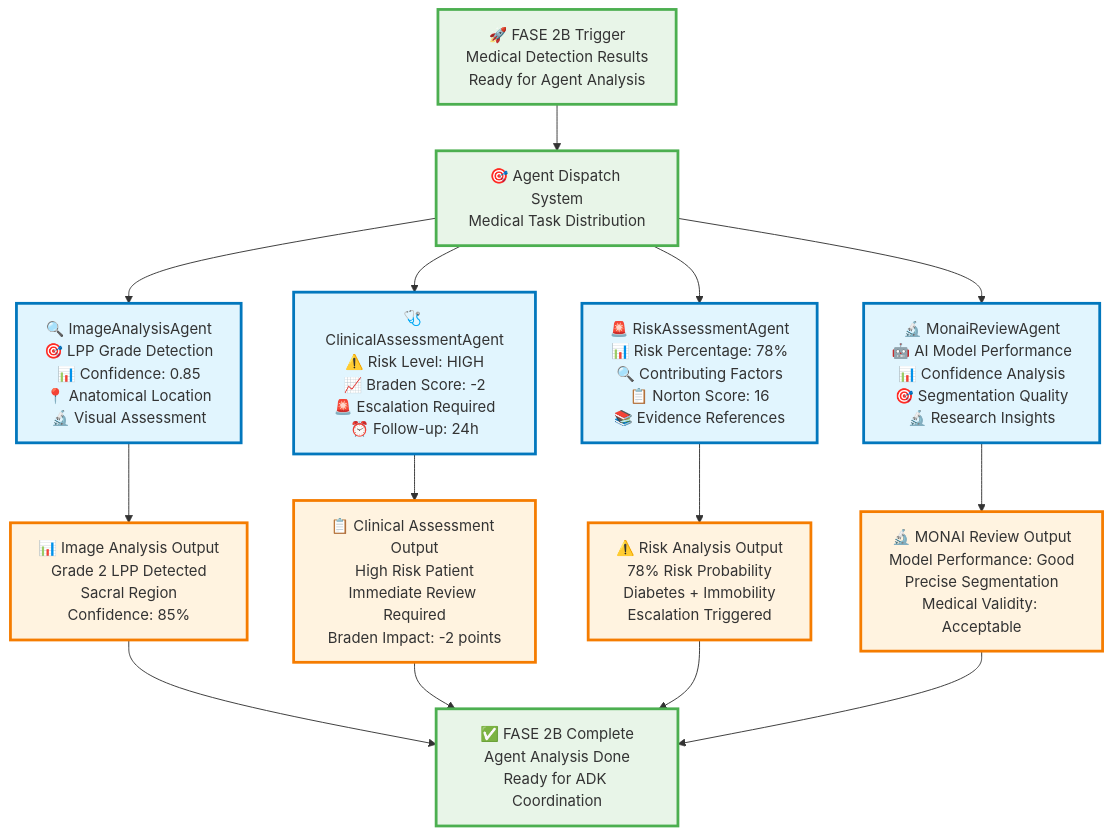
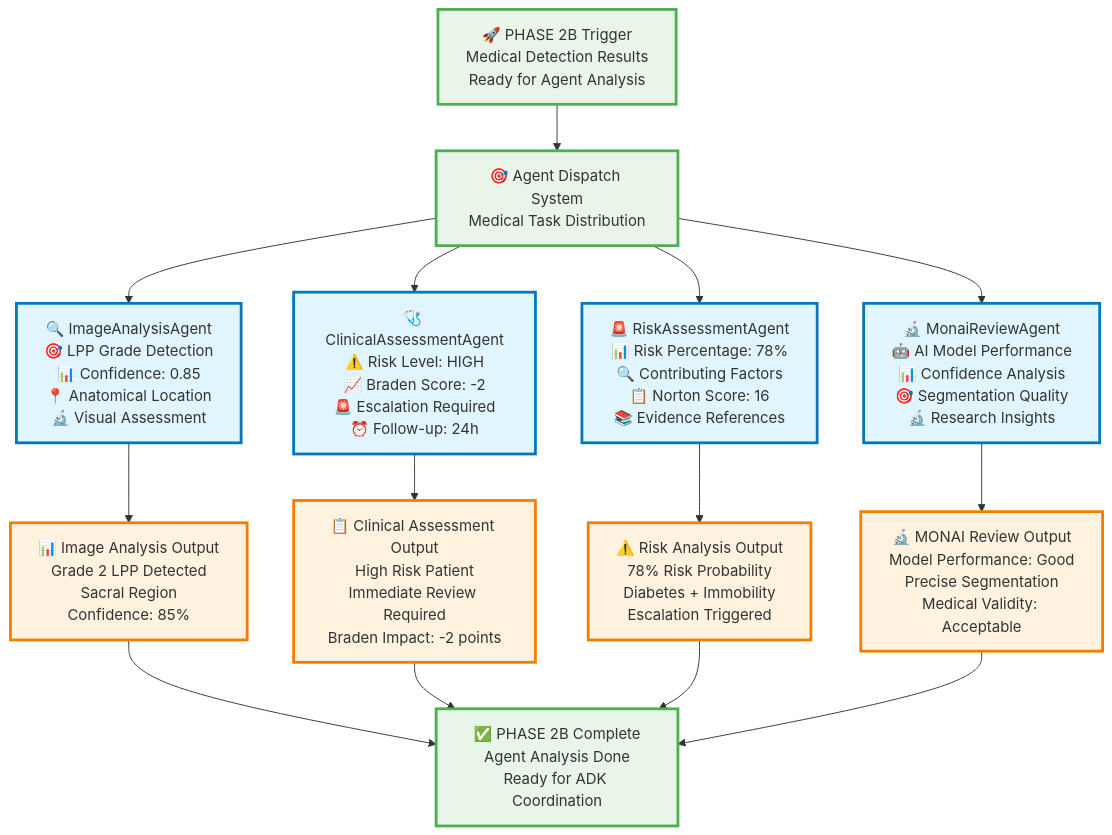
The third of 5 diagrams in docs/ARCHITECTURE.md (AutonomosCdM/vigia-medical-ai), drawn with Mermaid before and after one commit. The commit also changed other lines of this file, not shown here.

First line of the commit message:
fix: Standardize architecture documentation to professional English

````diff
--- a/docs/ARCHITECTURE.md
+++ b/docs/ARCHITECTURE.md
@@ -174,40 +174,40 @@
 ```mermaid
 graph TD
-    %% FASE 2B TRIGGER
-    A[🚀 FASE 2B Trigger<br/>Medical Detection Results<br/>Ready for Agent Analysis] --> B[🎯 Agent Dispatch System<br/>Medical Task Distribution]
+    %% PHASE 2B TRIGGER
+    A[🚀 PHASE 2B Trigger<br/>Medical Detection Results<br/>Ready for Agent Analysis] --> B[🎯 Agent Dispatch System<br/>Medical Task Distribution]
     
     %% PRIMARY MEDICAL AGENTS (Top Row)
     B --> C[🔍 ImageAnalysisAgent<br/>🎯 LPP Grade Detection<br/>📊 Confidence: 0.85<br/>📍 Anatomical Location<br/>🔬 Visual Assessment]
     
     B --> D[🩺 ClinicalAssessmentAgent<br/>⚠️ Risk Level: HIGH<br/>📈 Braden Score: -2<br/>🚨 Escalation Required<br/>⏰ Follow-up: 24h]
     
     B --> E[🚨 RiskAssessmentAgent<br/>📊 Risk Percentage: 78%<br/>🔍 Contributing Factors<br/>📋 Norton Score: 16<br/>📚 Evidence References]
     
     B --> F[🔬 MonaiReviewAgent<br/>🤖 AI Model Performance<br/>📊 Confidence Analysis<br/>🎯 Segmentation Quality<br/>🔬 Research Insights]
     
     %% AGENT OUTPUTS
     C --> G[📊 Image Analysis Output<br/>Grade 2 LPP Detected<br/>Sacral Region<br/>Confidence: 85%]
     
     D --> H[📋 Clinical Assessment Output<br/>High Risk Patient<br/>Immediate Review Required<br/>Braden Impact: -2 points]
     
     E --> I[⚠️ Risk Analysis Output<br/>78% Risk Probability<br/>Diabetes + Immobility<br/>Escalation Triggered]
     
     F --> J[🔬 MONAI Review Output<br/>Model Performance: Good<br/>Precise Segmentation<br/>Medical Validity: Acceptable]
     
     %% COMPLETION
-    G --> K[✅ FASE 2B Complete<br/>Agent Analysis Done<br/>Ready for ADK Coordination]
+    G --> K[✅ PHASE 2B Complete<br/>Agent Analysis Done<br/>Ready for ADK Coordination]
     H --> K
     I --> K
     J --> K
     
     %% STYLING
     classDef triggerNode fill:#e8f5e8,stroke:#4caf50,stroke-width:3px
     classDef agentNode fill:#e1f5fe,stroke:#0277bd,stroke-width:3px
     classDef outputNode fill:#fff3e0,stroke:#f57c00,stroke-width:3px
     classDef completionNode fill:#e8f5e8,stroke:#4caf50,stroke-width:3px
     
     class A,K triggerNode
     class B triggerNode
     class C,D,E,F agentNode
     class G,H,I,J outputNode
 ```
````
